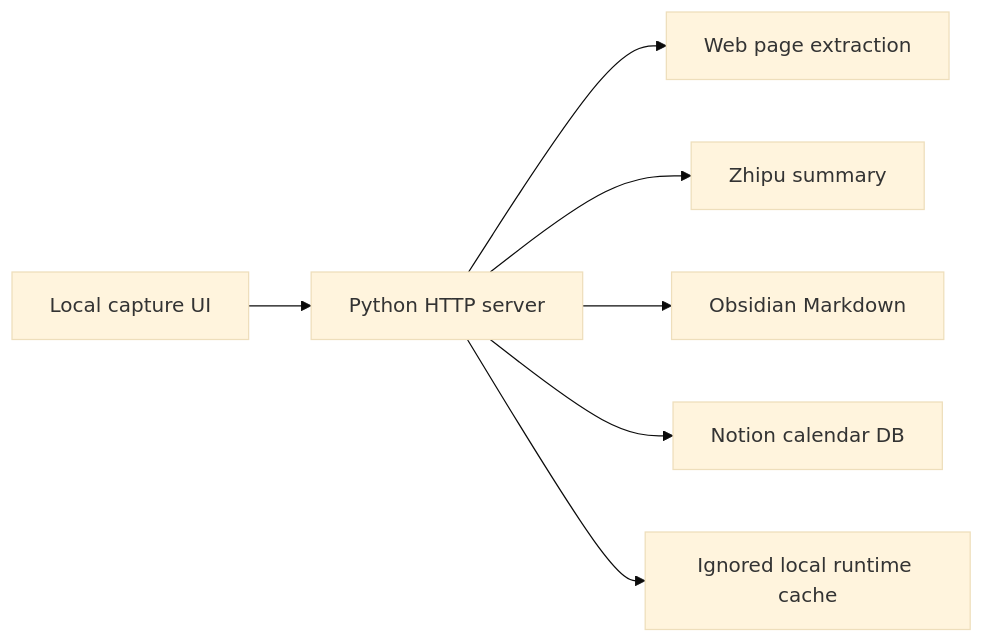
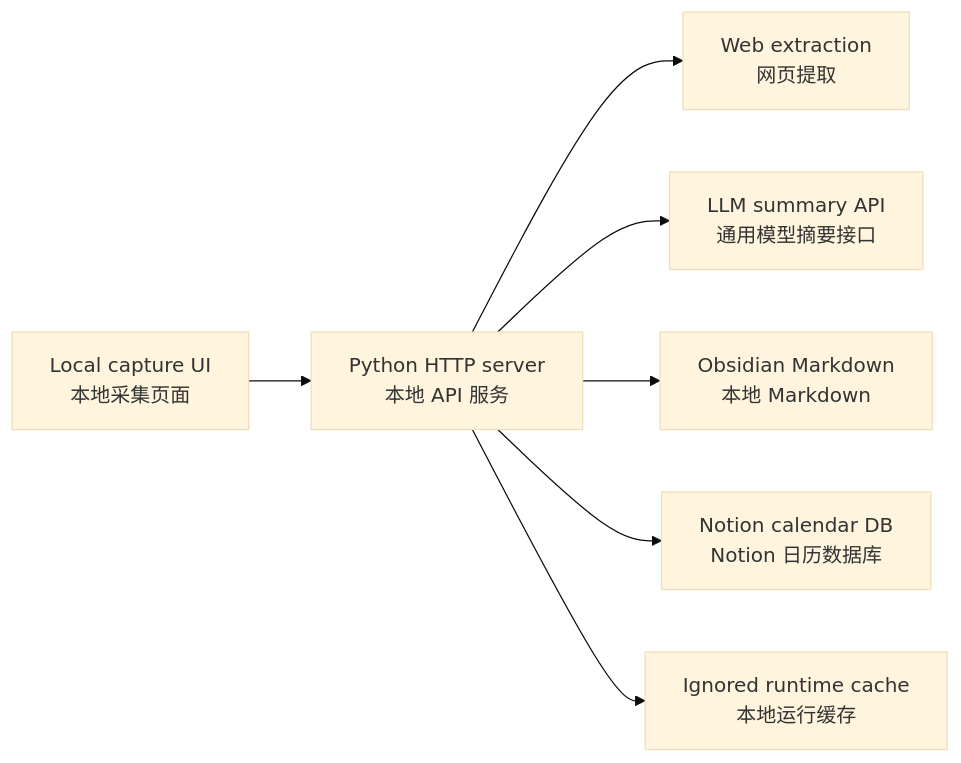
The diagram in README.md (dongyongxue-collab/vault-capture), drawn with Mermaid (base theme) before and after one commit. The commit also changed other lines of this file and 6 other files, not shown here.

Commit message:
Generalize summary API provider

````diff
--- a/README.md
+++ b/README.md
@@ -49,9 +57,9 @@
 ```mermaid
 flowchart LR
-    UI["Local capture UI"] --> API["Python HTTP server"]
-    API --> Extract["Web page extraction"]
-    API --> Summary["Zhipu summary"]
-    API --> Vault["Obsidian Markdown"]
-    API --> Calendar["Notion calendar DB"]
-    API --> Runtime["Ignored local runtime cache"]
+    UI["Local capture UI<br/>本地采集页面"] --> API["Python HTTP server<br/>本地 API 服务"]
+    API --> Extract["Web extraction<br/>网页提取"]
+    API --> Summary["LLM summary API<br/>通用模型摘要接口"]
+    API --> Vault["Obsidian Markdown<br/>本地 Markdown"]
+    API --> Calendar["Notion calendar DB<br/>Notion 日历数据库"]
+    API --> Runtime["Ignored runtime cache<br/>本地运行缓存"]
 ```
````
